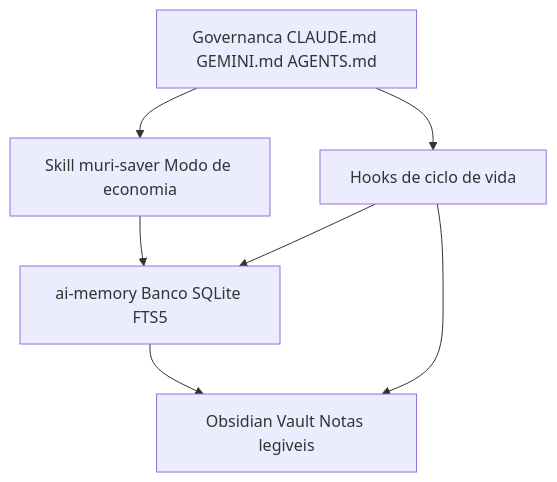
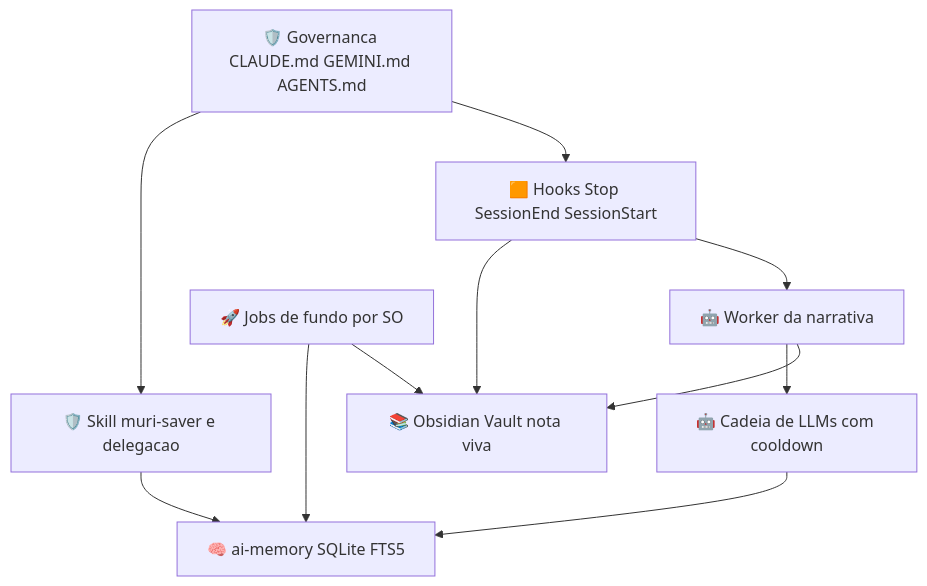
The first of 2 diagrams in docs/architecture.md (murilolol/muri-saver), drawn with Mermaid before and after one commit. The commit also changed other lines of this file and 69 other files, not shown here.

First line of the commit message:
muri-saver 3.1: nota viva, cadeia de LLMs e jobs multiplataforma

````diff
--- a/docs/architecture.md
+++ b/docs/architecture.md
@@ -30,15 +30,22 @@
 ```mermaid
 graph TD
-    Gov["Governanca CLAUDE.md GEMINI.md AGENTS.md"]
-    Skill["Skill muri-saver Modo de economia"]
-    Hooks["Hooks de ciclo de vida"]
-    AiMemory["ai-memory Banco SQLite FTS5"]
-    Vault["Obsidian Vault Notas legiveis"]
+    Gov["🛡️ Governanca CLAUDE.md GEMINI.md AGENTS.md"]
+    Skill["🛡️ Skill muri-saver e delegacao"]
+    Hooks["🟧 Hooks Stop SessionEnd SessionStart"]
+    Worker["🤖 Worker da narrativa"]
+    Chain["🤖 Cadeia de LLMs com cooldown"]
+    Jobs["🚀 Jobs de fundo por SO"]
+    AiMemory["🧠 ai-memory SQLite FTS5"]
+    Vault["📚 Obsidian Vault nota viva"]
 
     Gov --> Skill
     Gov --> Hooks
+    Hooks --> Vault
+    Hooks --> Worker
+    Worker --> Chain
+    Worker --> Vault
+    Chain --> AiMemory
+    Jobs --> AiMemory
+    Jobs --> Vault
     Skill --> AiMemory
-    Hooks --> AiMemory
-    Hooks --> Vault
-    AiMemory --> Vault
 ```
````
